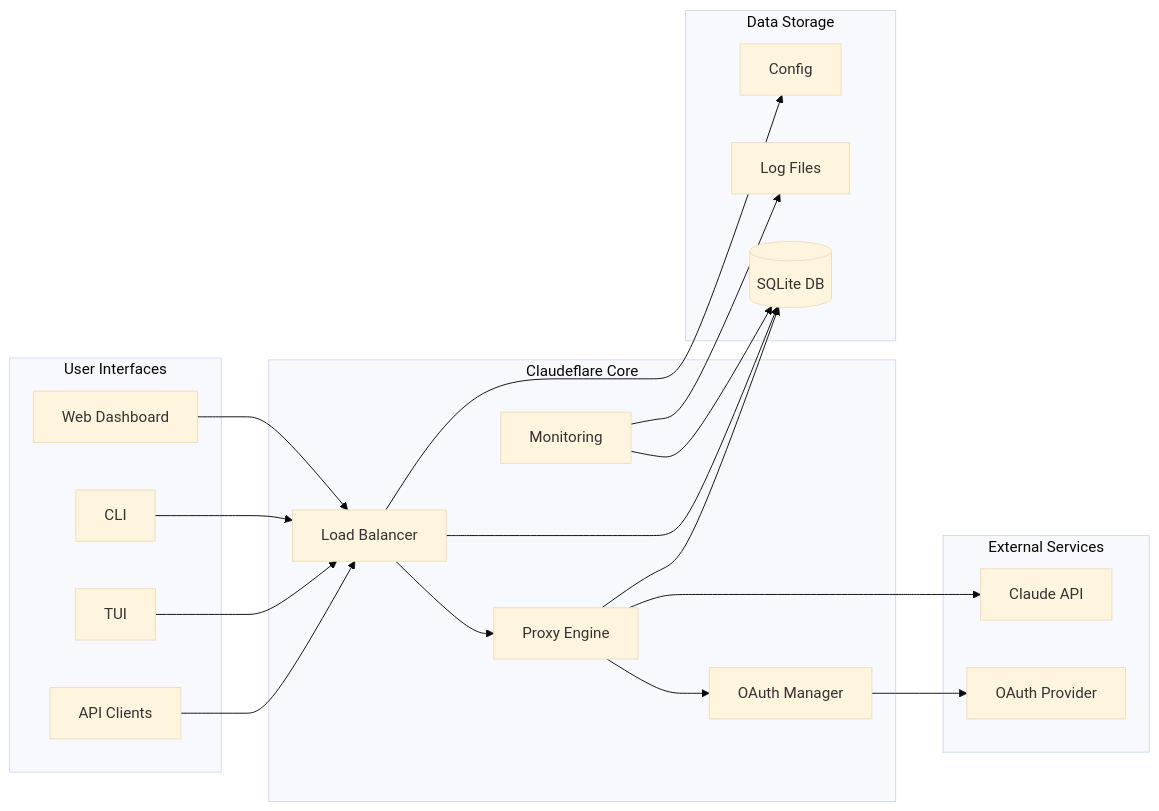
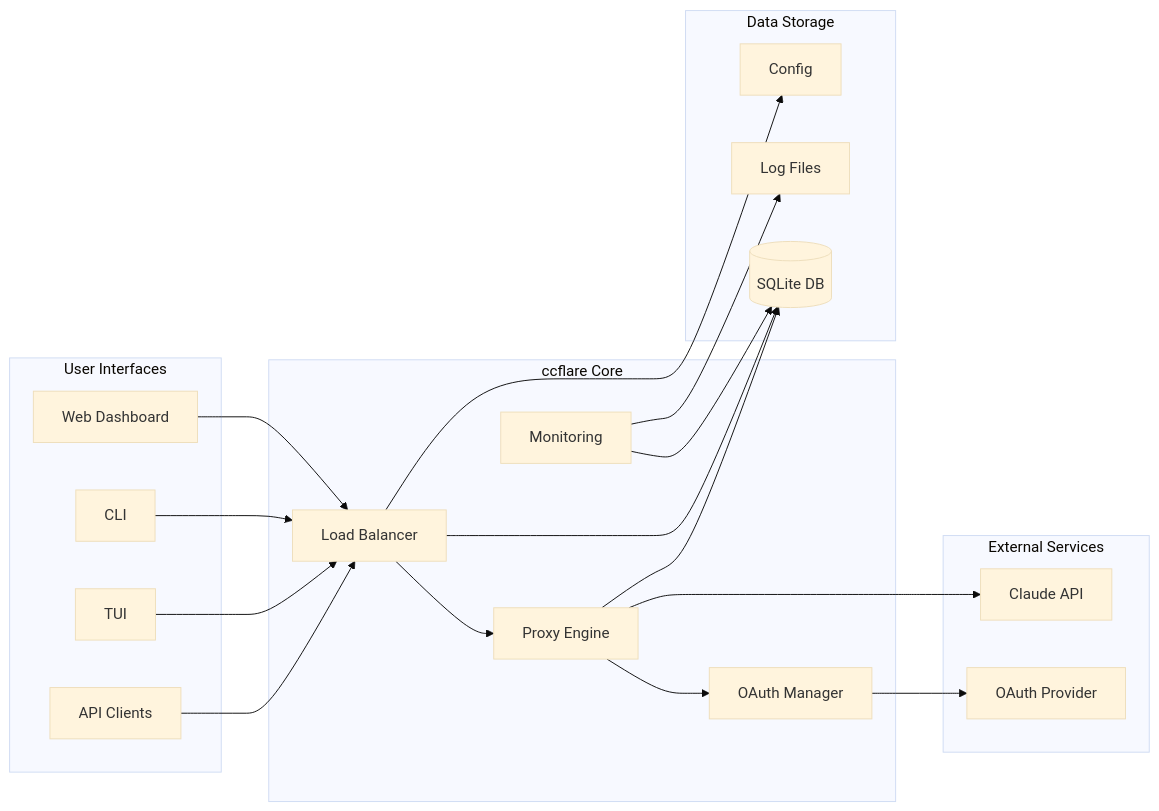
Before and after one commit to tombii/better-ccflare: the first of 17 diagrams in docs/architecture.md, drawn with Mermaid (base theme). The commit also changed other lines of this file and 141 other files, not shown here.

First line of the commit message:
refactor(core): rename Claudeflare to ccflare across repo

````diff
--- a/docs/architecture.md
+++ b/docs/architecture.md
@@ -11,43 +11,43 @@
 ```mermaid
 graph LR
     subgraph "User Interfaces"
         UI1[Web Dashboard]
         UI2[CLI]
         UI3[TUI]
         UI4[API Clients]
     end
     
-    subgraph "Claudeflare Core"
+    subgraph "ccflare Core"
         LB[Load Balancer]
         PROXY[Proxy Engine]
         AUTH[OAuth Manager]
         MON[Monitoring]
     end
     
     subgraph "Data Storage"
         DB[(SQLite DB)]
         LOGS[Log Files]
         CFG[Config]
     end
     
     subgraph "External Services"
         CLAUDE[Claude API]
         OAUTH[OAuth Provider]
     end
     
     UI1 --> LB
     UI2 --> LB
     UI3 --> LB
     UI4 --> LB
     
     LB --> PROXY
     PROXY --> AUTH
     AUTH --> OAUTH
     PROXY --> CLAUDE
     
     LB --> DB
     PROXY --> DB
     MON --> DB
     MON --> LOGS
     LB --> CFG
 ```
````
